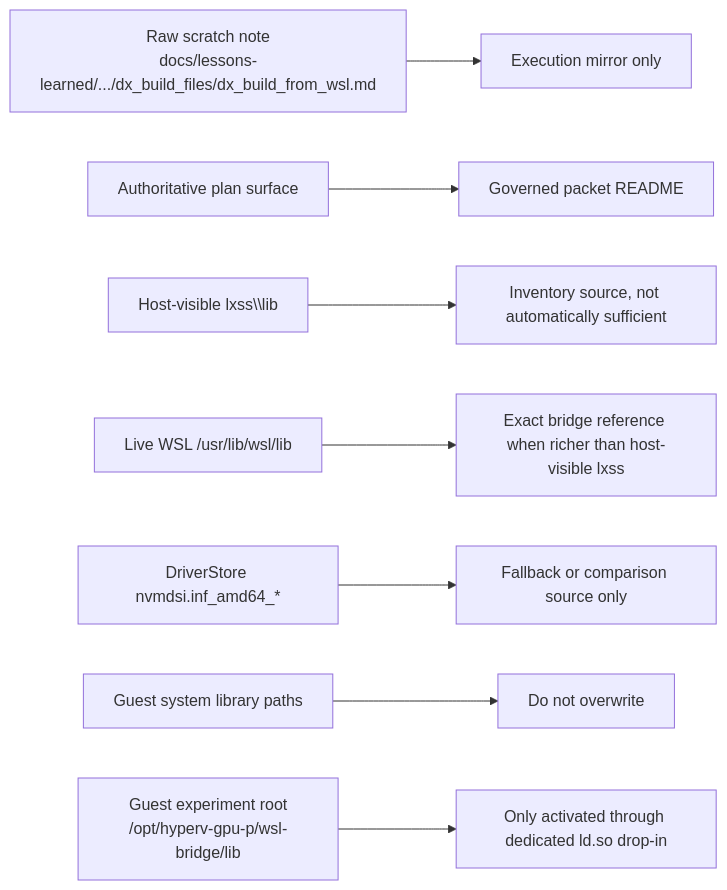
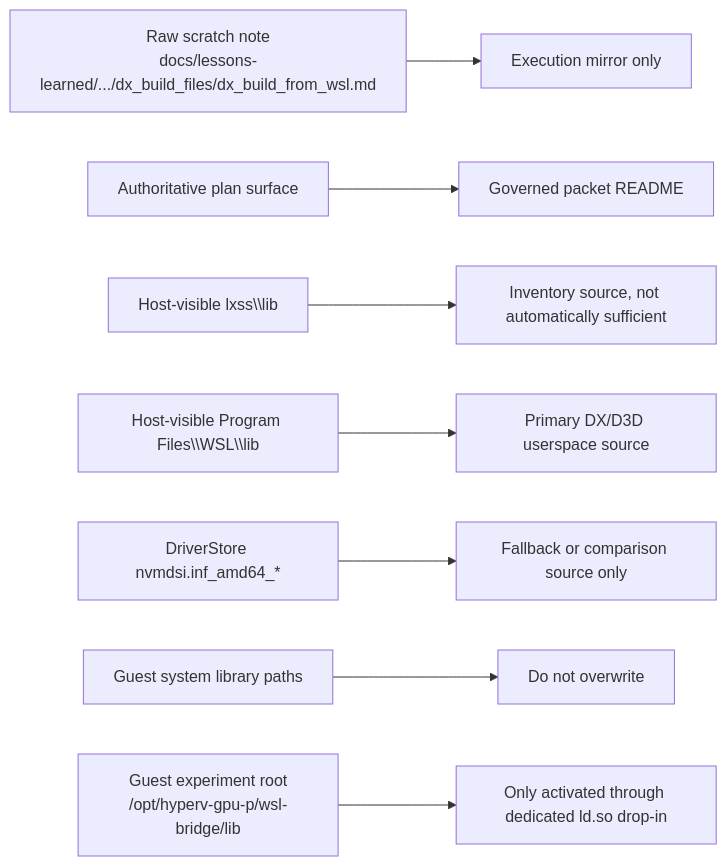
One commit to doesitscript/dotfile-vnext changed the third of 3 diagrams in docs/lessons-learned/hyper-v-ubuntu-gpu/dx_build_files/dx_build_from_wsl.md. Above: the diagram before and after it, drawn with Mermaid. The commit also changed other lines of this file and 98 other files, not shown here.

````diff
--- a/docs/lessons-learned/hyper-v-ubuntu-gpu/dx_build_files/dx_build_from_wsl.md
+++ b/docs/lessons-learned/hyper-v-ubuntu-gpu/dx_build_files/dx_build_from_wsl.md
@@ -145,10 +163,10 @@
 ```mermaid
 flowchart LR
     A["Raw scratch note<br/>docs/lessons-learned/.../dx_build_files/dx_build_from_wsl.md"] --> B["Execution mirror only"]
     C["Authoritative plan surface"] --> D["Governed packet README"]
     E["Host-visible lxss\\lib"] --> F["Inventory source, not automatically sufficient"]
-    G["Live WSL /usr/lib/wsl/lib"] --> H["Exact bridge reference when richer than host-visible lxss"]
+    G["Host-visible Program Files\\WSL\\lib"] --> H["Primary DX/D3D userspace source"]
     I["DriverStore nvmdsi.inf_amd64_*"] --> J["Fallback or comparison source only"]
     K["Guest system library paths"] --> L["Do not overwrite"]
     M["Guest experiment root<br/>/opt/hyperv-gpu-p/wsl-bridge/lib"] --> N["Only activated through dedicated ld.so drop-in"]
 ```
````
